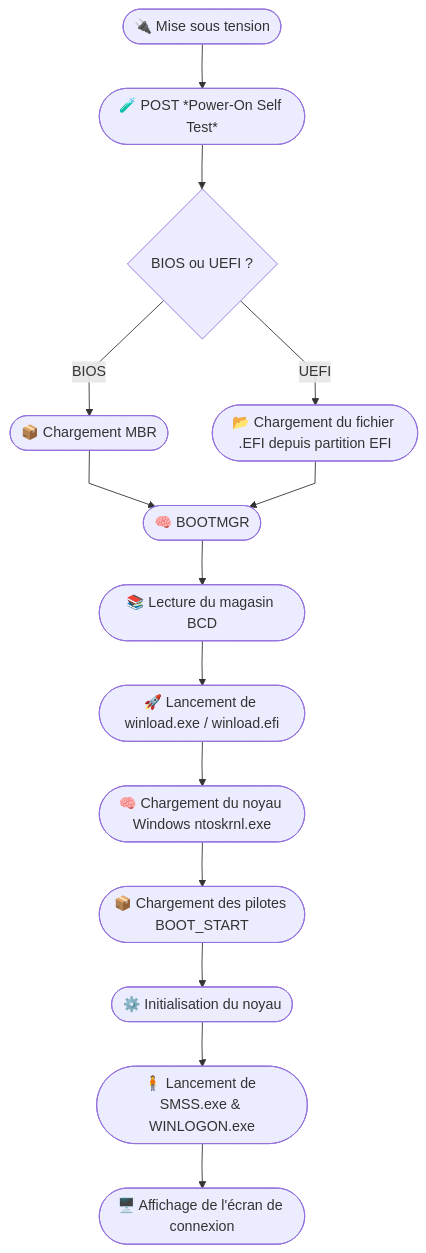
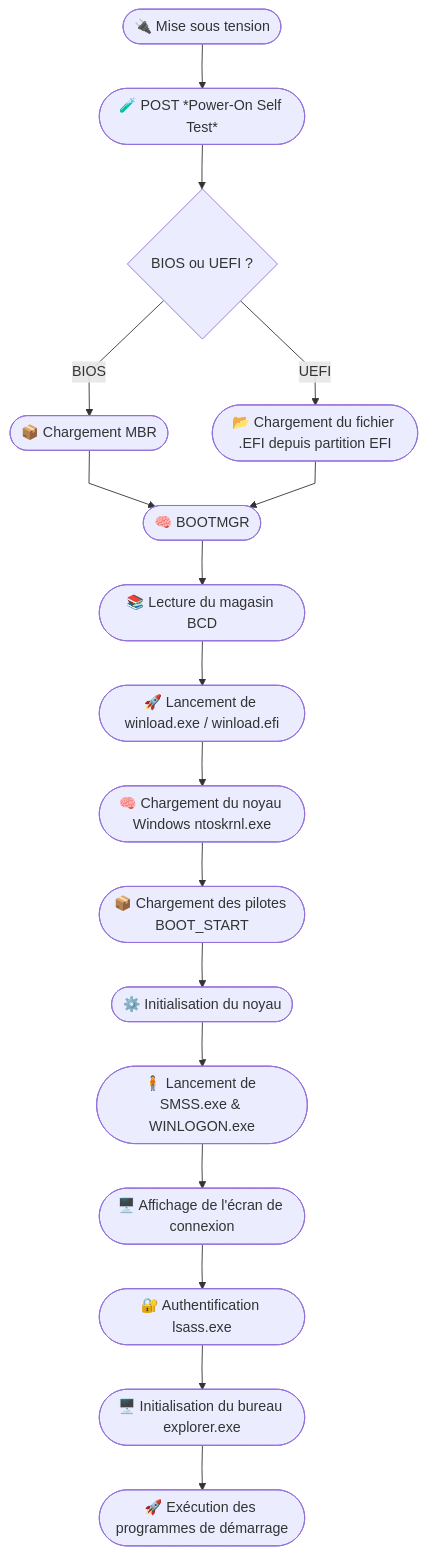
Before and after one commit to gabgaud/gabgaud.github.io: the diagram in docs/OS/Windows/16-Démarrage.md, drawn with Mermaid. The commit also changed other lines of this file and 2 other files, not shown here.

````diff
--- a/docs/OS/Windows/16-Démarrage.md
+++ b/docs/OS/Windows/16-Démarrage.md
@@ -88,19 +88,22 @@
 ```mermaid
 %%{ init: { "flowchart": { "curve": "linear" } } }%%
 flowchart TD
     A([🔌 Mise sous tension]) --> B([🧪 POST *Power-On Self Test*])
     B --> C{BIOS ou UEFI ?}
     C -- BIOS --> D([📦 Chargement MBR])
     C -- UEFI --> E([📂 Chargement du fichier .EFI depuis partition EFI])
 
     D --> F([🧠 BOOTMGR])
     E --> F
 
     F --> G([📚 Lecture du magasin BCD])
     G --> H([🚀 Lancement de winload.exe / winload.efi])
     H --> I([🧠 Chargement du noyau Windows ntoskrnl.exe])
     I --> J([📦 Chargement des pilotes BOOT_START])
     J --> K([⚙️ Initialisation du noyau])
     K --> L([🧍 Lancement de SMSS.exe & WINLOGON.exe])
     L --> M([🖥️ Affichage de l'écran de connexion])
+    M --> N([🔐 Authentification lsass.exe])
+    N --> O([🖥️ Initialisation du bureau explorer.exe])
+    O --> P([🚀 Exécution des programmes de démarrage])
 ```
````
